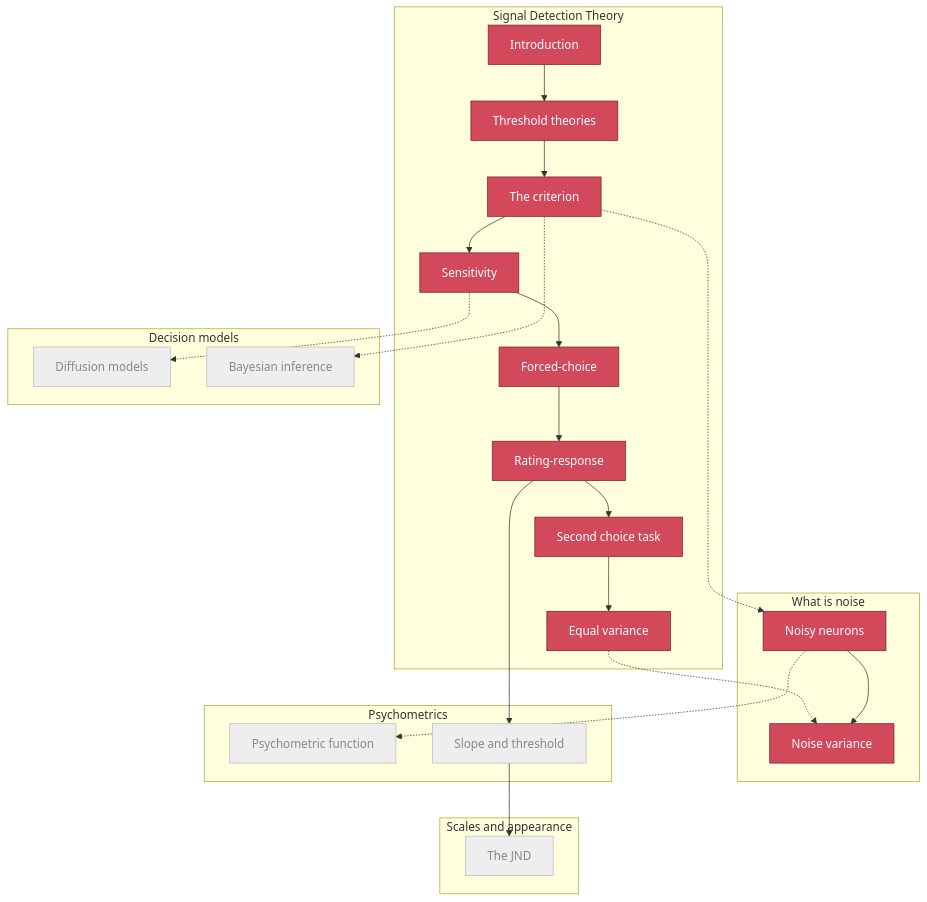
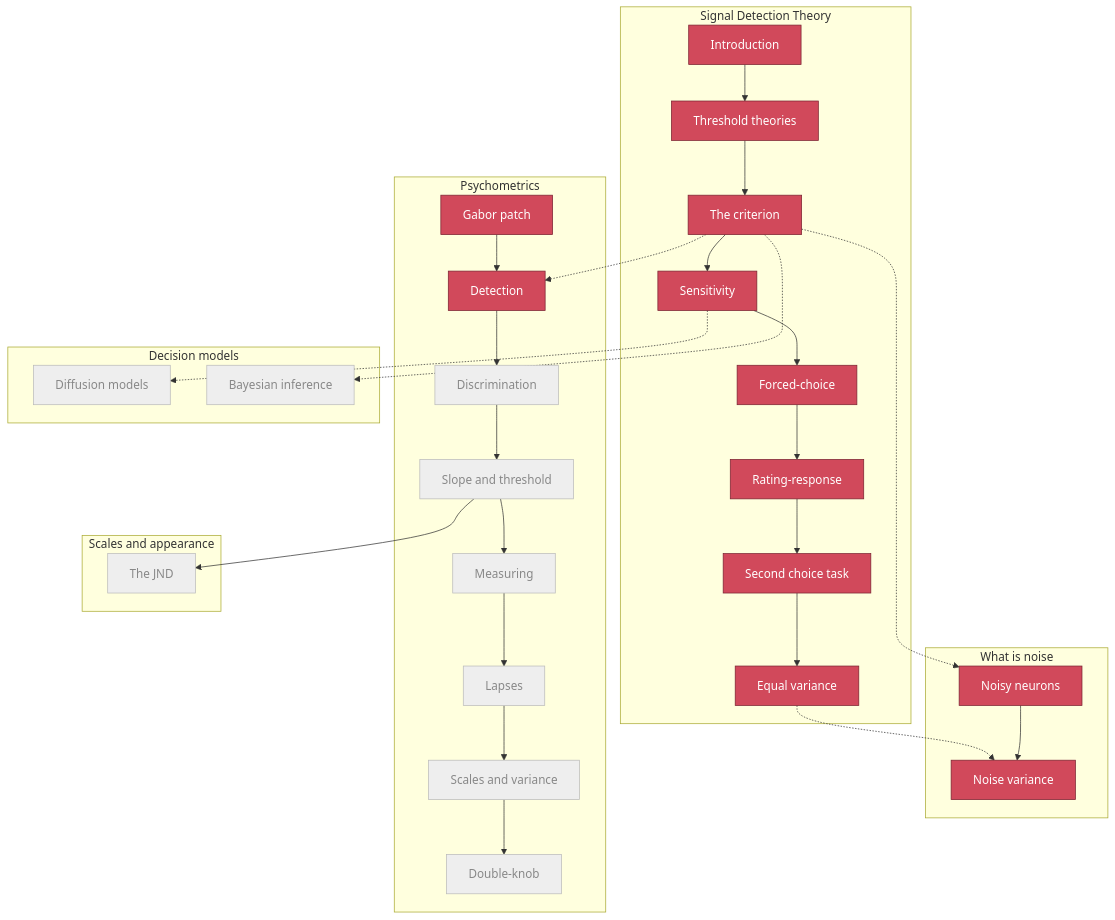
The diagram in sitemap.md (tbalsdon/psychophysical-choose-your-own-adventure), drawn with Mermaid before and after one commit. The commit also changed 8 other files, not shown here.

First line of the commit message:
Start Section 2 (Psychometrics): landing, Gabor, detection

````diff
--- a/sitemap.md
+++ b/sitemap.md
@@ -12,58 +12,66 @@
 ```{mermaid}
 flowchart TD
     subgraph SDT [Signal Detection Theory]
         a[Introduction]
         b[Threshold theories]
         d[The criterion]
         e[Sensitivity]
         f[Forced-choice]
         g[Rating-response]
         h[Second choice task]
         i[Equal variance]
     end
 
     subgraph NOISE [What is noise]
         nn[Noisy neurons]
         nv[Noise variance]
     end
 
     subgraph PSY [Psychometrics]
-        p1[Psychometric function]
-        p2[Slope and threshold]
+        pg[Gabor patch]
+        pd[Detection]
+        pdi[Discrimination]
+        pst[Slope and threshold]
+        pme[Measuring]
+        pla[Lapses]
+        psc[Scales and variance]
+        pdk[Double-knob]
     end
 
     subgraph SCALE [Scales and appearance]
         s1[The JND]
     end
 
     subgraph DM [Decision models]
         dm1[Diffusion models]
         dm2[Bayesian inference]
     end
 
     a --> b --> d --> e --> f --> g --> h --> i
     d -.-> nn
     i -.-> nv
     nn --> nv
-    nn -.-> p1
-    g --> p2
-    p2 --> s1
+    d -.-> pd
+    pg --> pd --> pdi --> pst --> pme --> pla --> psc --> pdk
+    pst --> s1
     e -.-> dm1
     d -.-> dm2
 
     classDef done fill:#d1495b,stroke:#7a2230,color:#fff;
     classDef todo fill:#eee,stroke:#bbb,color:#888;
-    class a,b,d,e,f,g,h,i,nn,nv done;
-    class p1,p2,s1,dm1,dm2 todo;
+    class a,b,d,e,f,g,h,i,nn,nv,pg,pd done;
+    class pdi,pst,pme,pla,psc,pdk,s1,dm1,dm2 todo;
 
     click a "../modules/sdt-intro"
     click b "../modules/sdt-threshold-theories"
     click d "../modules/sdt-criterion"
     click e "../modules/sdt-sensitivity"
     click f "../modules/sdt-forced-choice"
     click g "../modules/sdt-rating-response"
     click h "../modules/sdt-second-choice"
     click i "../modules/sdt-equal-variance"
     click nn "../modules/noise-noisy-neurons"
     click nv "../modules/noise-variance"
+    click pg "../modules/psy-gabor"
+    click pd "../modules/psy-detection"
 ```
````
